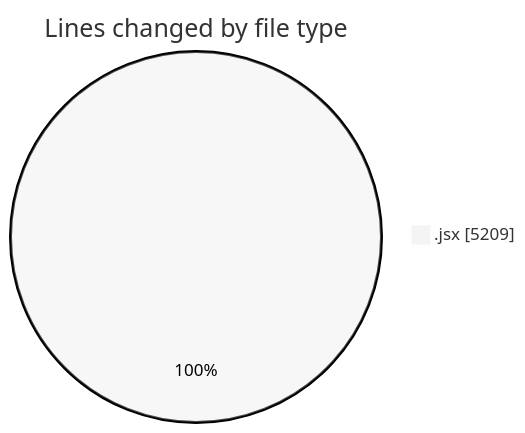
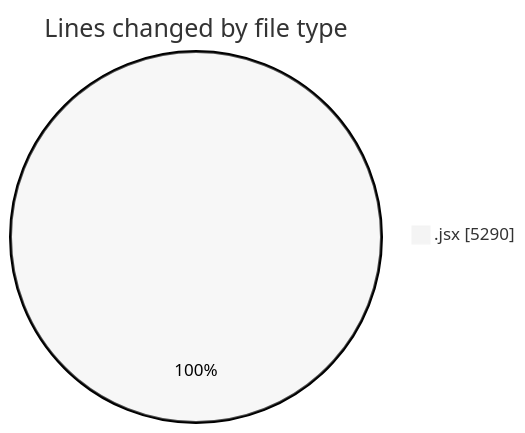
Before and after one commit to nxtqubesakshisongat/code-tracking: the first of 2 diagrams in 2025-07-08/argos/README.md, drawn with Mermaid (neutral theme). The commit also changed other lines of this file and 1 other file, not shown here.

````diff
--- a/2025-07-08/argos/README.md
+++ b/2025-07-08/argos/README.md
@@ -26,5 +26,5 @@
 ```mermaid
 pie showData
 title Lines changed by file type
-".jsx" : 5209
+".jsx" : 5290
 ```
````
